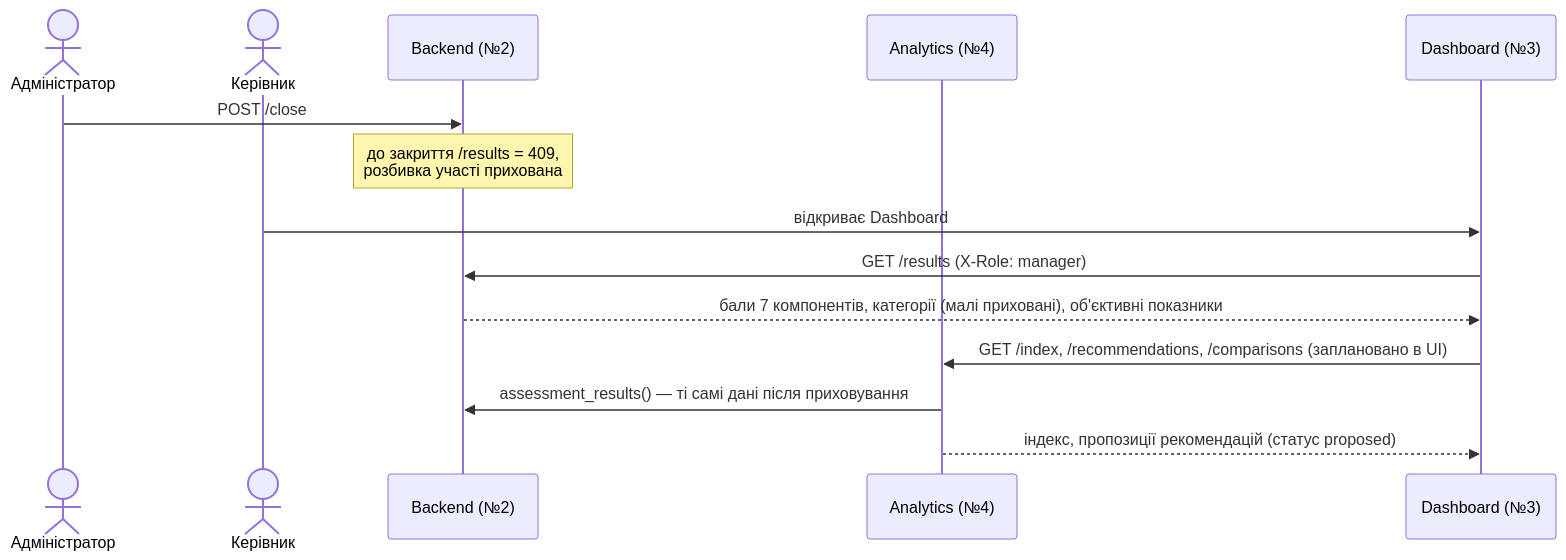
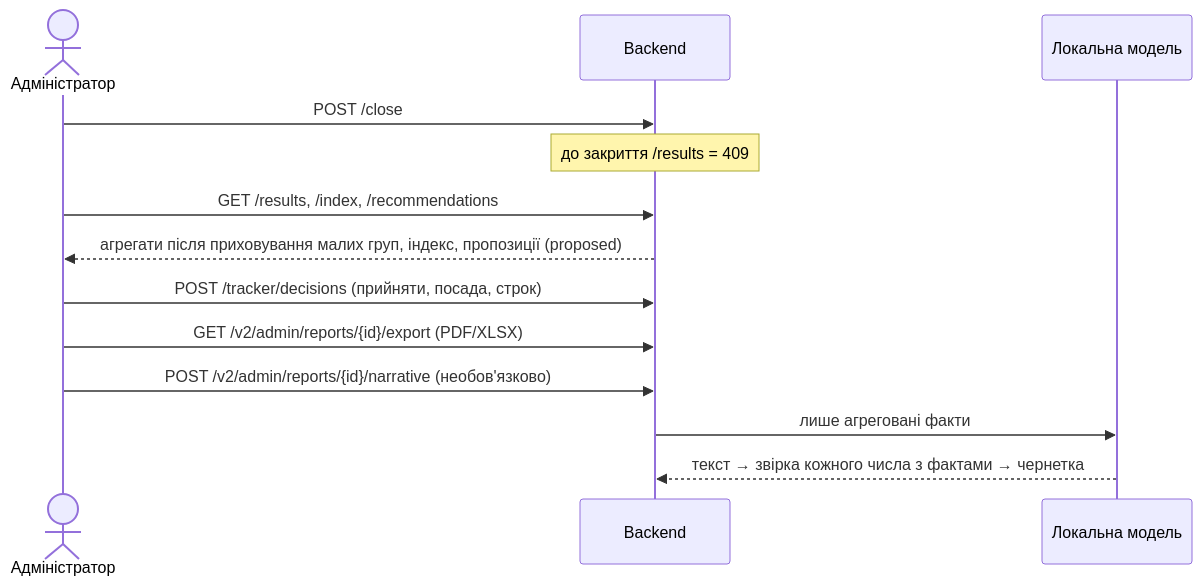
One commit to golem86/hacaton changed the third of 3 diagrams in docs/integration-map.md. Above: the diagram before and after it, drawn with Mermaid. The commit also changed other lines of this file and 52 other files, not shown here.

````diff
--- a/docs/integration-map.md
+++ b/docs/integration-map.md
@@ -127,17 +133,16 @@
 ```mermaid
 sequenceDiagram
     actor A as Адміністратор
-    actor M as Керівник
-    participant API as Backend (№2)
-    participant IX as Analytics (№4)
-    participant D as Dashboard (№3)
+    participant API as Backend
+    participant LM as Локальна модель
 
     A->>API: POST /close
-    Note over API: до закриття /results = 409,<br/>розбивка участі прихована
-    M->>D: відкриває Dashboard
-    D->>API: GET /results (X-Role: manager)
-    API-->>D: бали 7 компонентів, категорії (малі приховані), об'єктивні показники
-    D->>IX: GET /index, /recommendations, /comparisons (заплановано в UI)
-    IX->>API: assessment_results() — ті самі дані після приховування
-    IX-->>D: індекс, пропозиції рекомендацій (статус proposed)
+    Note over API: до закриття /results = 409
+    A->>API: GET /results, /index, /recommendations
+    API-->>A: агрегати після приховування малих груп, індекс, пропозиції (proposed)
+    A->>API: POST /tracker/decisions (прийняти, посада, строк)
+    A->>API: GET /v2/admin/reports/{id}/export (PDF/XLSX)
+    A->>API: POST /v2/admin/reports/{id}/narrative (необов'язково)
+    API->>LM: лише агреговані факти
+    LM-->>API: текст → звірка кожного числа з фактами → чернетка
 ```
````
